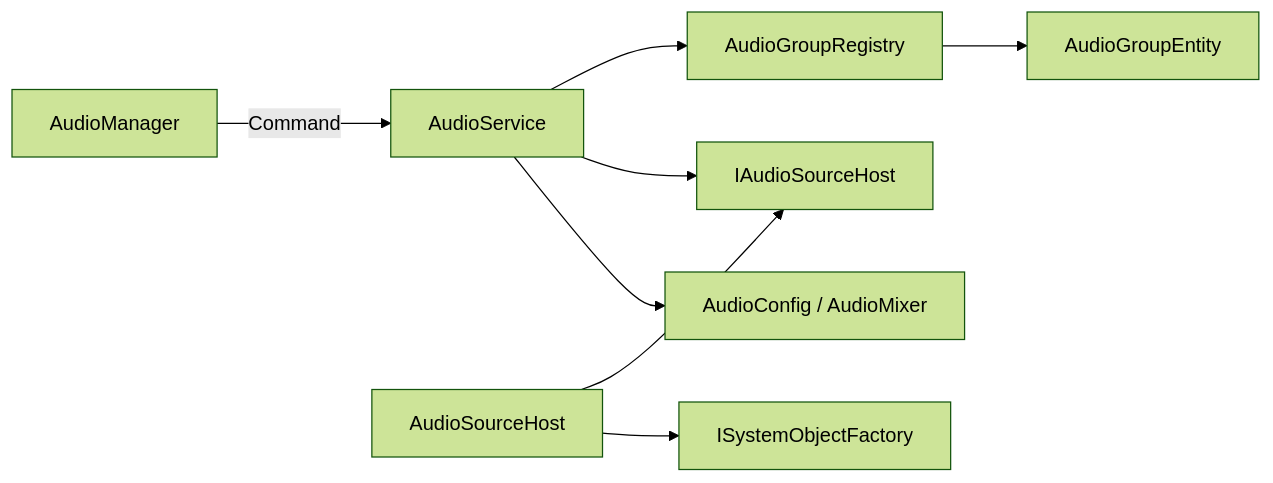
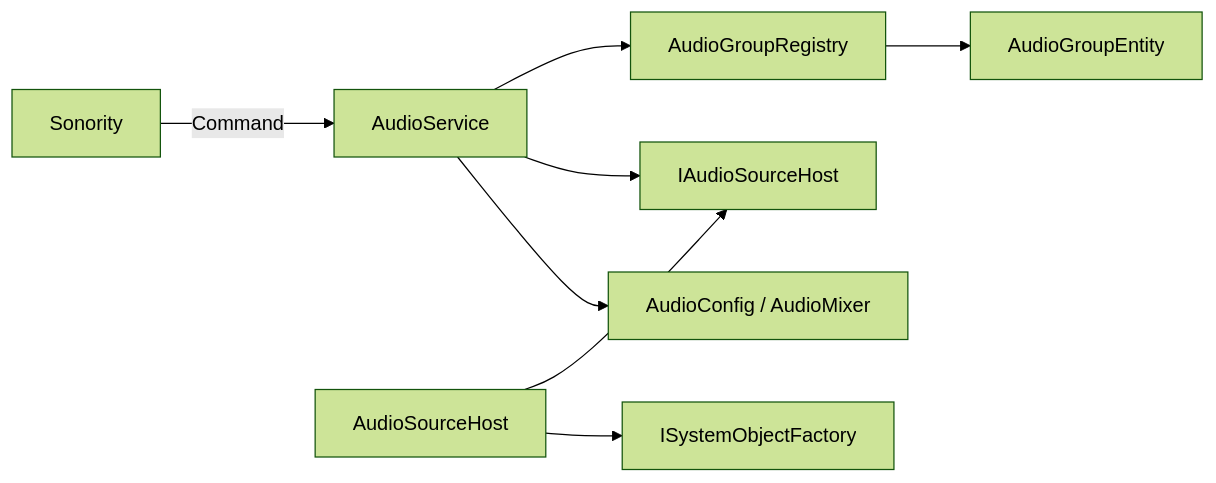
The eighth of 9 diagrams in Documentation/ModuleInternals.md (HIBIKI5201/SymphonyWorkspace), drawn with Mermaid (forest theme) before and after one commit. The commit also changed other lines of this file and 5 other files, not shown here.

````diff
--- a/Documentation/ModuleInternals.md
+++ b/Documentation/ModuleInternals.md
@@ -270,10 +271,10 @@
 ```mermaid
 flowchart LR
-    Facade["AudioManager"] -->|Command| Service["AudioService"]
+    Facade["Sonority"] -->|Command| Service["AudioService"]
     Service --> Registry["AudioGroupRegistry"]
     Registry --> Entity["AudioGroupEntity"]
     Service --> HostContract["IAudioSourceHost"]
     Host["AudioSourceHost"] --> HostContract
     Host --> Factory["ISystemObjectFactory"]
     Service --> Config["AudioConfig / AudioMixer"]
 ```
````
